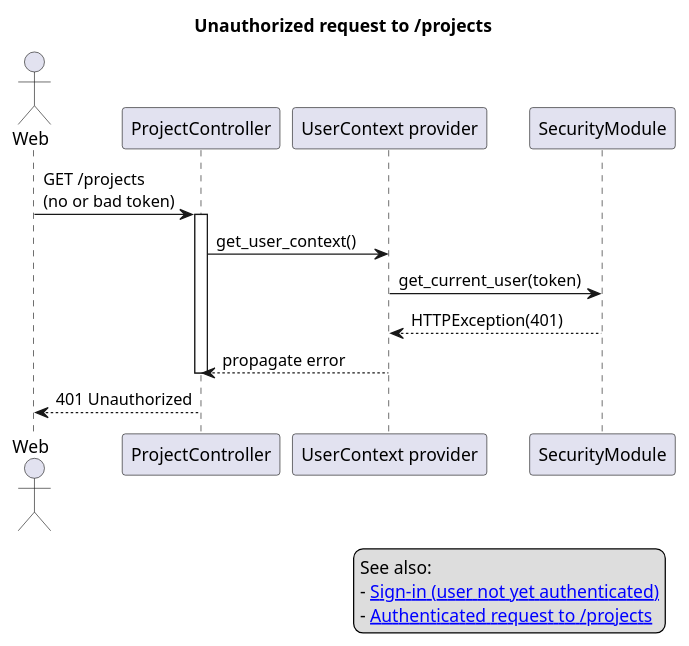
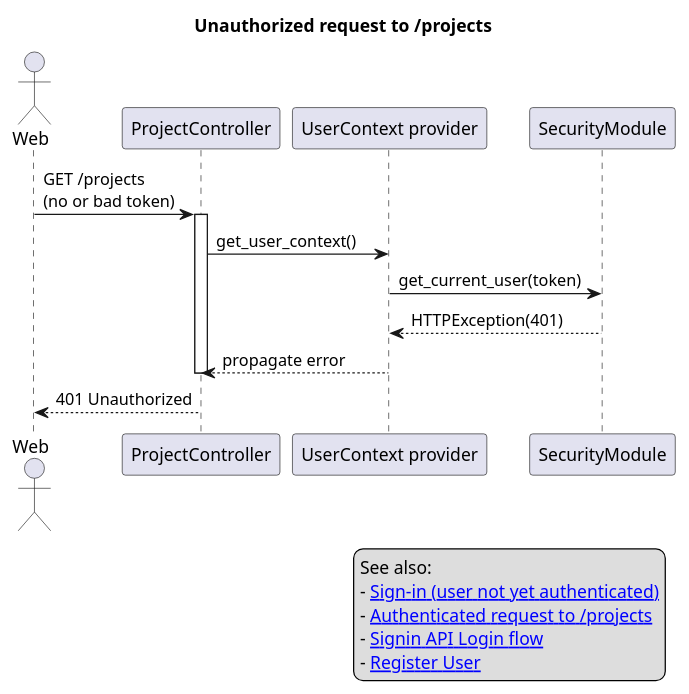
One commit to lukasijus/mlv1sion changed the diagram in architecture/auth/unauthorized.puml. Above: the diagram before and after it, drawn with PlantUML. The commit also changed 14 other files, not shown here.

Commit message:
+register user

```diff
--- a/architecture/auth/unauthorized.puml
+++ b/architecture/auth/unauthorized.puml
@@ -2,25 +2,27 @@
 @startuml
 title Unauthorized request to /projects
 
 actor Web as Web
 participant "ProjectController" as ProjectCtl
 participant "UserContext provider" as UserCtx
 participant "SecurityModule" as Sec
 
 Web -> ProjectCtl : GET /projects\n(no or bad token)
 activate ProjectCtl
 
 ProjectCtl -> UserCtx : get_user_context()
 UserCtx -> Sec : get_current_user(token)
 Sec --> UserCtx : HTTPException(401)
 UserCtx --> ProjectCtl : propagate error
 deactivate ProjectCtl
 
 ProjectCtl --> Web : 401 Unauthorized
 
 legend right
   See also:
   - [[sign-in-no-auth.svg Sign-in (user not yet authenticated)]]
   - [[logged-in-get-projects.svg Authenticated request to /projects]]
+  - [[sign-in-login.svg Signin API Login flow]]
+  - [[register.svg Register User]]
 end legend
 @enduml
```
